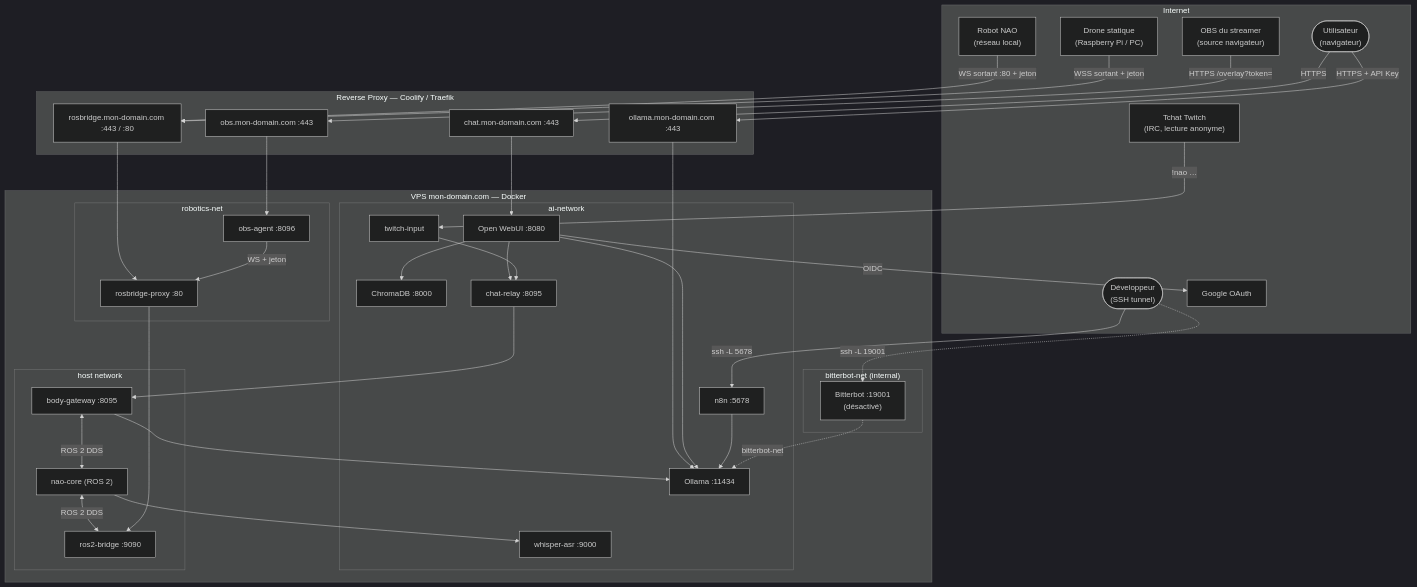
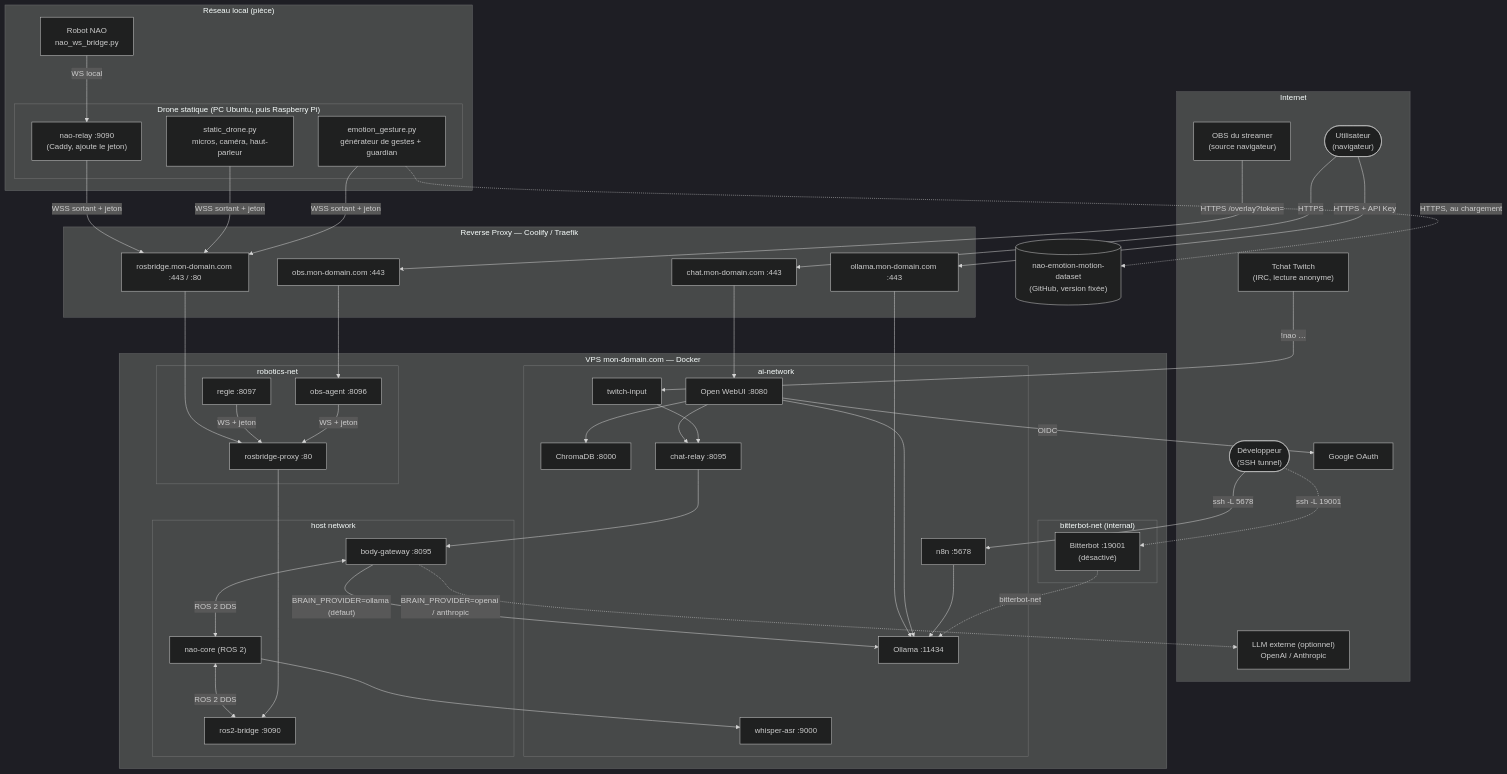
One commit to Monolithoid/myAIBodiesHub changed the diagram in README.md. Above: the diagram before and after it, drawn with Mermaid (dark theme). The commit also changed other lines of this file, not shown here.

Commit message:
README: architecture shows the static drone programs, nao-relay, régie, dataset and the optional external LLM
Claude-Session: https://claude.ai/code/session_01Dv5jAi5ggvZpeMHPbLJKBo

````diff
--- a/README.md
+++ b/README.md
@@ -45,11 +45,21 @@
         User(["Utilisateur\n(navigateur)"])
         Dev(["Développeur\n(SSH tunnel)"])
         Google["Google OAuth"]
-        NAO["Robot NAO\n(réseau local)"]
-        Static["Drone statique\n(Raspberry Pi / PC)"]
+        ExtLLM["LLM externe (optionnel)\nOpenAI / Anthropic"]
         Twitch["Tchat Twitch\n(IRC, lecture anonyme)"]
         OBS["OBS du streamer\n(source navigateur)"]
     end
+
+    subgraph Local["Réseau local (pièce)"]
+        NAO["Robot NAO\nnao_ws_bridge.py"]
+        subgraph Static["Drone statique (PC Ubuntu, puis Raspberry Pi)"]
+            StaticDrone["static_drone.py\nmicros, caméra, haut-parleur"]
+            EmoGesture["emotion_gesture.py\ngénérateur de gestes + guardian"]
+            NaoRelay["nao-relay :9090\n(Caddy, ajoute le jeton)"]
+        end
+    end
+
+    Dataset[("nao-emotion-motion-dataset\n(GitHub, version fixée)")]
 
     subgraph Coolify["Reverse Proxy — Coolify / Traefik"]
         RP_Chat["chat.mon-domain.com :443"]
@@ -82,6 +92,7 @@
         subgraph robotNet["robotics-net"]
             RosbridgeProxy["rosbridge-proxy :80"]
             ObsAgent["obs-agent :8096"]
+            Regie["regie :8097"]
         end
     end
 
@@ -96,15 +107,19 @@
     N8N --> Ollama
     Bitterbot -.->|bitterbot-net| Ollama
 
-    BodyGW --> Ollama
+    BodyGW -->|"BRAIN_PROVIDER=ollama (défaut)"| Ollama
+    BodyGW -.->|"BRAIN_PROVIDER=openai / anthropic"| ExtLLM
     BodyGW <-->|"ROS 2 DDS"| NaoCore
     NaoCore <-->|"ROS 2 DDS"| Ros2Bridge
 
     NaoCore --> Whisper
     Twitch -->|"!nao …"| TwitchIn --> ChatRelay
 
-    NAO -->|"WS sortant :80 + jeton"| RP_ROS --> RosbridgeProxy --> Ros2Bridge
-    Static -->|"WSS sortant + jeton"| RP_ROS
+    NAO -->|"WS local"| NaoRelay -->|"WSS sortant + jeton"| RP_ROS --> RosbridgeProxy --> Ros2Bridge
+    StaticDrone -->|"WSS sortant + jeton"| RP_ROS
+    EmoGesture -->|"WSS sortant + jeton"| RP_ROS
+    EmoGesture -.->|"HTTPS, au chargement"| Dataset
+    Regie -->|"WS + jeton"| RosbridgeProxy
     ObsAgent -->|"WS + jeton"| RosbridgeProxy
     OBS -->|"HTTPS /overlay?token="| RP_OBS --> ObsAgent
 ```
````
